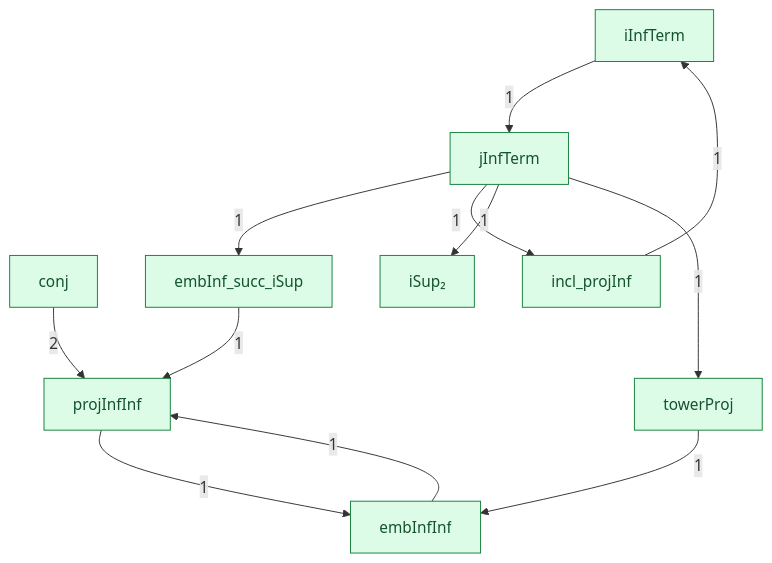
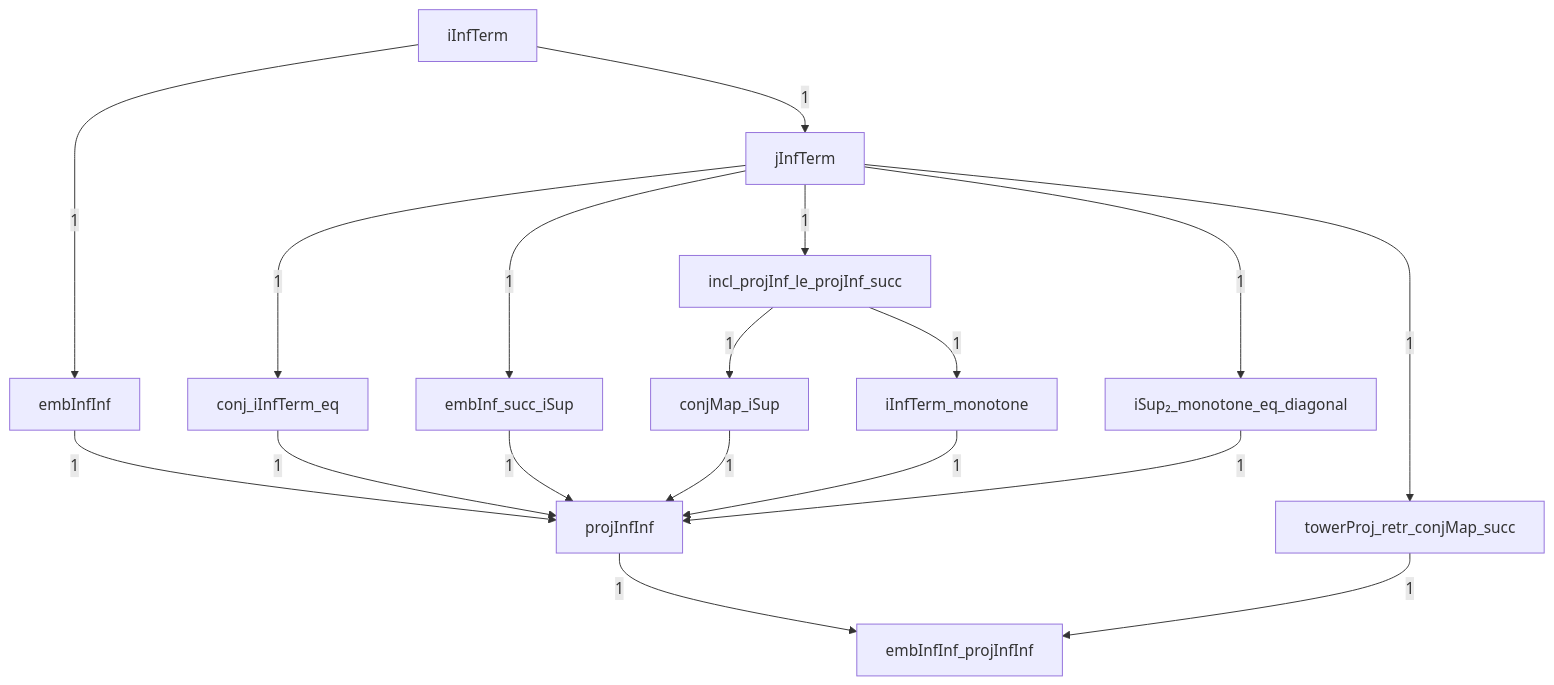
Before and after one commit to catskillsresearch/DomainTheory: the diagram in DomainTheory/ContinuousLattice/FunctionSpaceTower/1972_Limit_function_space_inverse.mermaid, drawn with Mermaid. The commit also changed 216 other files, not shown here.

```diff
--- a/DomainTheory/ContinuousLattice/FunctionSpaceTower/1972_Limit_function_space_inverse.mermaid
+++ b/DomainTheory/ContinuousLattice/FunctionSpaceTower/1972_Limit_function_space_inverse.mermaid
@@ -1,29 +1,35 @@
-%% The proof that the limit and its function space are inverse.
+%% Lean files imported under this note.
 %% Arrowhead on the importer. The number is a direct-import count.
 %% An arrow already implied by a longer path is omitted.
 flowchart TB
 
-  CONJX["conj"]
-  ESUP["embInf_succ_iSup"]
-  EINF["embInfInf"]
-  IINF["iInfTerm"]
-  INCL["incl_projInf"]
-  ISUP["iSup₂"]
-  JINF["jInfTerm"]
-  PINF["projInfInf"]
-  TPROJ["towerProj"]
+  FunctionSpaceTower_conj_iInfTerm_eq["conj_iInfTerm_eq"]
+  FunctionSpaceTower_conjMap_iSup["conjMap_iSup"]
+  FunctionSpaceTower_embInf_succ_iSup["embInf_succ_iSup"]
+  FunctionSpaceTower_embInfInf["embInfInf"]
+  FunctionSpaceTower_embInfInf_projInfInf["embInfInf_projInfInf"]
+  FunctionSpaceTower_iInfTerm["iInfTerm"]
+  FunctionSpaceTower_iInfTerm_monotone["iInfTerm_monotone"]
+  FunctionSpaceTower_incl_projInf_le_projInf_succ["incl_projInf_le_projInf_succ"]
+  FunctionSpaceTower_iSup__monotone_eq_diagonal["iSup₂_monotone_eq_diagonal"]
+  FunctionSpaceTower_jInfTerm["jInfTerm"]
+  FunctionSpaceTower_projInfInf["projInfInf"]
+  FunctionSpaceTower_towerProj_retr_conjMap_succ["towerProj_retr_conjMap_succ"]
 
-  PINF -->|"1"| EINF
-  TPROJ -->|"1"| EINF
-  JINF -->|"1"| ESUP
-  INCL -->|"1"| IINF
-  JINF -->|"1"| INCL
-  JINF -->|"1"| ISUP
-  IINF -->|"1"| JINF
-  CONJX -->|"2"| PINF
-  EINF -->|"1"| PINF
-  ESUP -->|"1"| PINF
-  JINF -->|"1"| TPROJ
-
-  classDef concept fill:#dcfce7,stroke:#15803d,color:#14532d
-  class IINF,EINF,JINF,INCL,ESUP,ISUP,CONJX,TPROJ,PINF,ECOMP concept
+  FunctionSpaceTower_jInfTerm -->|"1"| FunctionSpaceTower_conj_iInfTerm_eq
+  FunctionSpaceTower_incl_projInf_le_projInf_succ -->|"1"| FunctionSpaceTower_conjMap_iSup
+  FunctionSpaceTower_jInfTerm -->|"1"| FunctionSpaceTower_embInf_succ_iSup
+  FunctionSpaceTower_iInfTerm -->|"1"| FunctionSpaceTower_embInfInf
+  FunctionSpaceTower_projInfInf -->|"1"| FunctionSpaceTower_embInfInf_projInfInf
+  FunctionSpaceTower_towerProj_retr_conjMap_succ -->|"1"| FunctionSpaceTower_embInfInf_projInfInf
+  FunctionSpaceTower_incl_projInf_le_projInf_succ -->|"1"| FunctionSpaceTower_iInfTerm_monotone
+  FunctionSpaceTower_jInfTerm -->|"1"| FunctionSpaceTower_incl_projInf_le_projInf_succ
+  FunctionSpaceTower_jInfTerm -->|"1"| FunctionSpaceTower_iSup__monotone_eq_diagonal
+  FunctionSpaceTower_iInfTerm -->|"1"| FunctionSpaceTower_jInfTerm
+  FunctionSpaceTower_conj_iInfTerm_eq -->|"1"| FunctionSpaceTower_projInfInf
+  FunctionSpaceTower_conjMap_iSup -->|"1"| FunctionSpaceTower_projInfInf
+  FunctionSpaceTower_embInf_succ_iSup -->|"1"| FunctionSpaceTower_projInfInf
+  FunctionSpaceTower_embInfInf -->|"1"| FunctionSpaceTower_projInfInf
+  FunctionSpaceTower_iInfTerm_monotone -->|"1"| FunctionSpaceTower_projInfInf
+  FunctionSpaceTower_iSup__monotone_eq_diagonal -->|"1"| FunctionSpaceTower_projInfInf
+  FunctionSpaceTower_jInfTerm -->|"1"| FunctionSpaceTower_towerProj_retr_conjMap_succ
```
